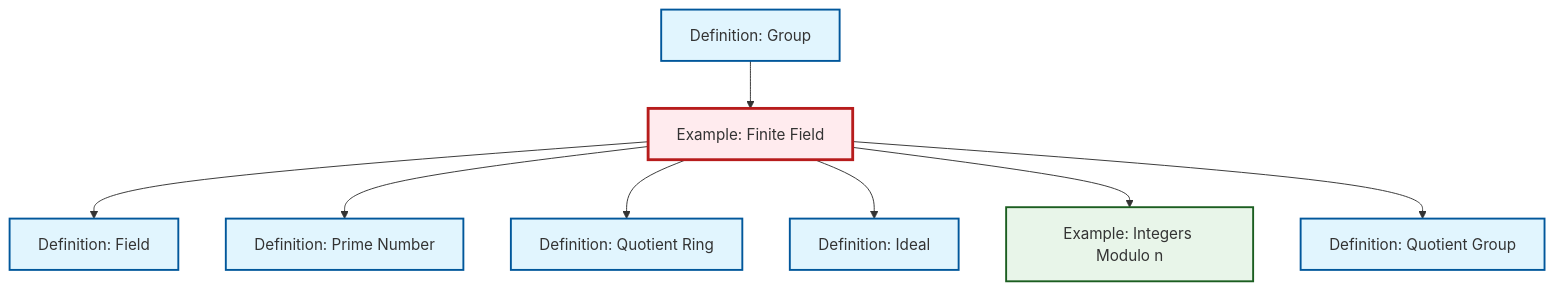
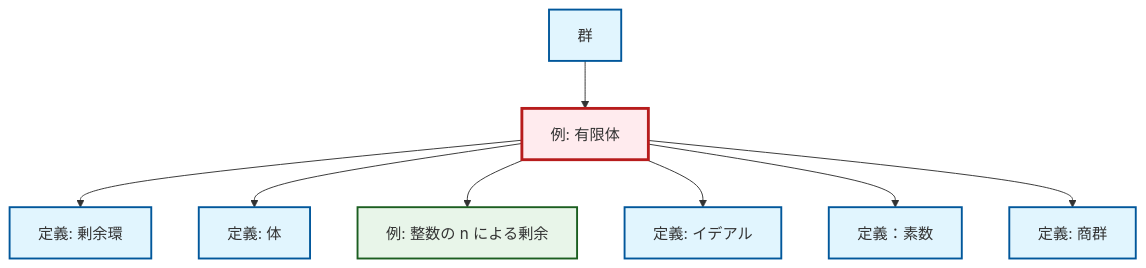
Before and after one commit to RK0429/ModernMath: the diagram in content/ja/algebra/ex-finite-field.qmd, drawn with Mermaid. The commit also changed 1069 other files, not shown here.

````diff
--- a/content/ja/algebra/ex-finite-field.qmd
+++ b/content/ja/algebra/ex-finite-field.qmd
@@ -67,32 +67,32 @@
 ```{mermaid}
 %%| fig-cap: "Local dependency graph"
 graph TD
     classDef definition fill:#e1f5fe,stroke:#01579b,stroke-width:2px
     classDef theorem fill:#f3e5f5,stroke:#4a148c,stroke-width:2px
     classDef axiom fill:#fff3e0,stroke:#e65100,stroke-width:2px
     classDef example fill:#e8f5e9,stroke:#1b5e20,stroke-width:2px
     classDef current fill:#ffebee,stroke:#b71c1c,stroke-width:3px
-    def-quotient-ring["Definition: Quotient Ring"]:::definition
-    def-field["Definition: Field"]:::definition
-    def-group["Definition: Group"]:::definition
-    def-quotient-group["Definition: Quotient Group"]:::definition
-    def-ideal["Definition: Ideal"]:::definition
-    ex-finite-field["Example: Finite Field"]:::example
-    def-prime["Definition: Prime Number"]:::definition
-    ex-quotient-integers-mod-n["Example: Integers Modulo n"]:::example
+    def-ideal["定義: イデアル"]:::definition
+    def-group["群"]:::definition
+    def-field["定義: 体"]:::definition
+    def-quotient-ring["定義: 剰余環"]:::definition
+    def-quotient-group["定義: 商群"]:::definition
+    ex-quotient-integers-mod-n["例: 整数の n による剰余"]:::example
+    def-prime["定義：素数"]:::definition
+    ex-finite-field["例: 有限体"]:::example
+    ex-finite-field --> def-quotient-ring
     ex-finite-field --> def-field
+    ex-finite-field --> ex-quotient-integers-mod-n
+    ex-finite-field --> def-ideal
     ex-finite-field --> def-prime
-    ex-finite-field --> def-quotient-ring
-    ex-finite-field --> def-ideal
-    ex-finite-field --> ex-quotient-integers-mod-n
     ex-finite-field --> def-quotient-group
     def-group --> ex-finite-field
     class ex-finite-field current
-    click def-quotient-ring "def-quotient-ring.html" "Definition: Quotient Ringへ"
-    click def-field "def-field.html" "Definition: Fieldへ"
-    click def-group "def-group.html" "Definition: Groupへ"
-    click def-quotient-group "def-quotient-group.html" "Definition: Quotient Groupへ"
-    click def-ideal "def-ideal.html" "Definition: Idealへ"
-    click def-prime "def-prime.html" "Definition: Prime Numberへ"
-    click ex-quotient-integers-mod-n "ex-quotient-integers-mod-n.html" "Example: Integers Modulo nへ"
+    click def-ideal "def-ideal.html" "イデアルの定義へ"
+    click def-group "def-group.html" "群へ"
+    click def-field "def-field.html" "体の定義へ"
+    click def-quotient-ring "def-quotient-ring.html" "剰余環の定義へ"
+    click def-quotient-group "def-quotient-group.html" "商群の定義へ"
+    click ex-quotient-integers-mod-n "ex-quotient-integers-mod-n.html" "整数の n による剰余の例へ"
+    click def-prime "def-prime.html" "定義：素数へ"
 ```
````
